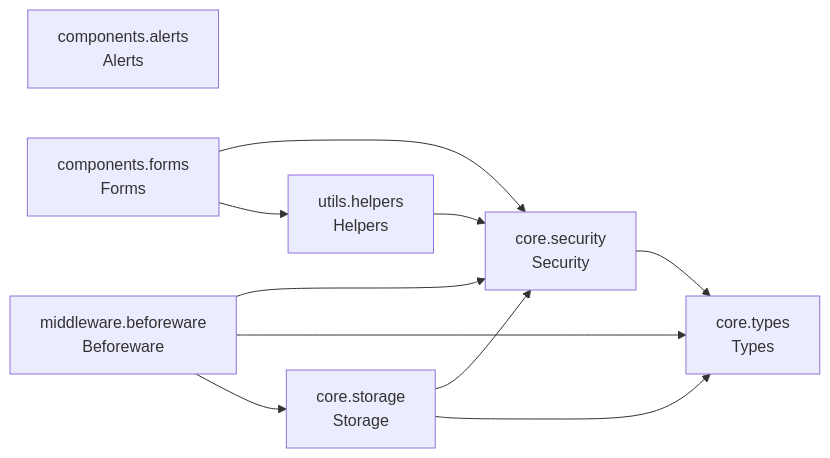
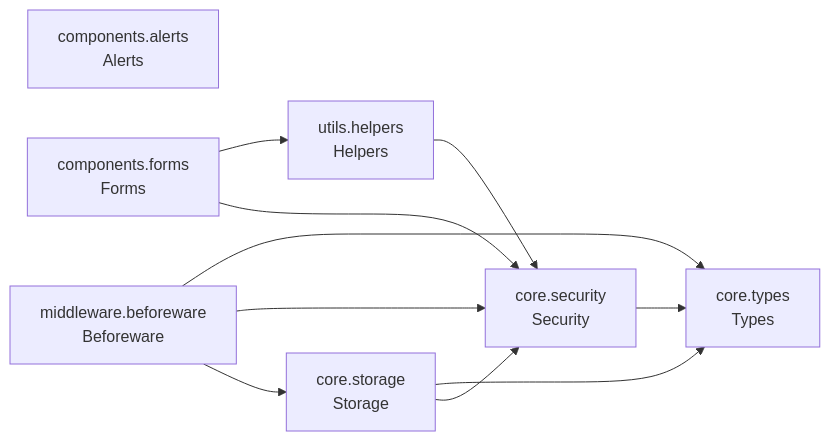
The diagram in README.md (cj-mills/cjm-fasthtml-byok), drawn with Mermaid before and after one commit. The commit also changed other lines of this file and 7 other files, not shown here.

````diff
--- a/README.md
+++ b/README.md
@@ -31,20 +31,20 @@
 ``` mermaid
 graph LR
     components_alerts[components.alerts<br/>Alerts]
     components_forms[components.forms<br/>Forms]
     core_security[core.security<br/>Security]
     core_storage[core.storage<br/>Storage]
     core_types[core.types<br/>Types]
     middleware_beforeware[middleware.beforeware<br/>Beforeware]
     utils_helpers[utils.helpers<br/>Helpers]
 
+    components_forms --> utils_helpers
     components_forms --> core_security
-    components_forms --> utils_helpers
     core_security --> core_types
+    core_storage --> core_types
     core_storage --> core_security
-    core_storage --> core_types
+    middleware_beforeware --> core_types
     middleware_beforeware --> core_security
-    middleware_beforeware --> core_types
     middleware_beforeware --> core_storage
     utils_helpers --> core_security
 ```
````
